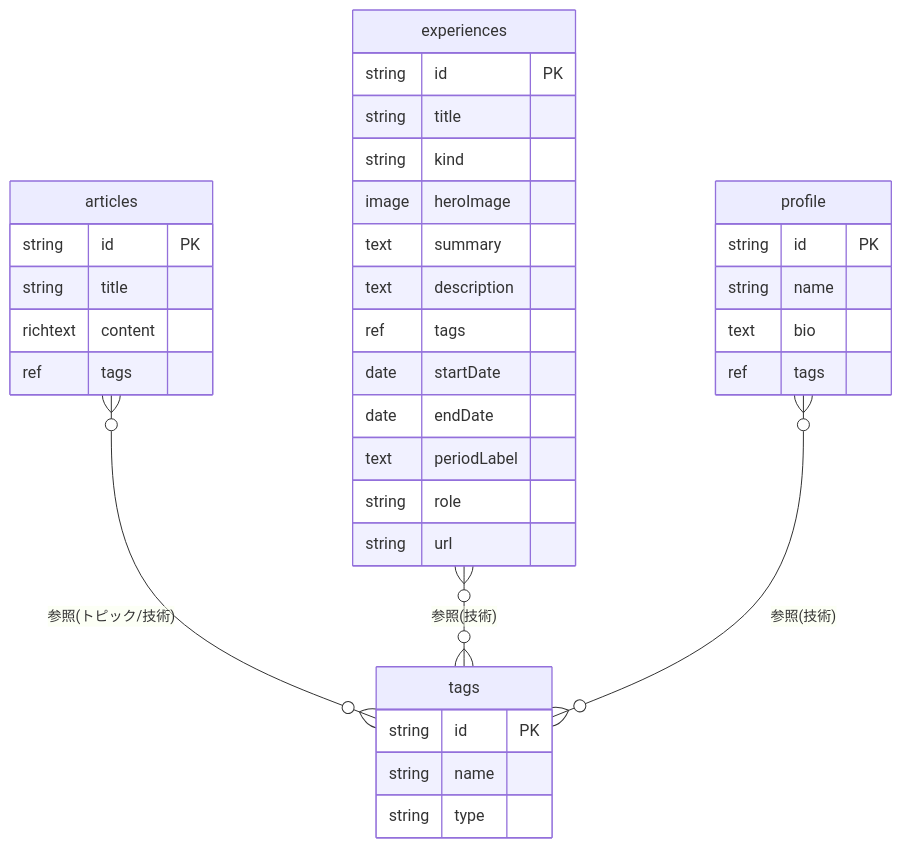
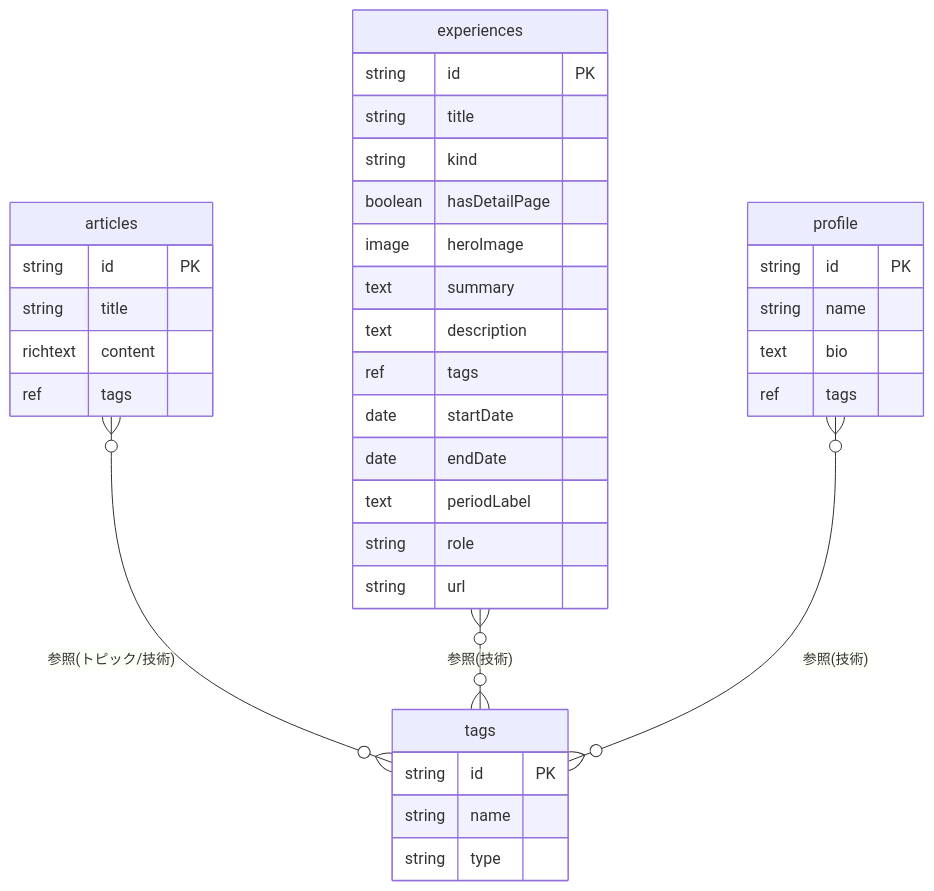
The diagram in docs/architecture/data-model.md (monarizzz/blog_microCMS_pages), drawn with Mermaid before and after one commit. The commit also changed other lines of this file, not shown here.

````diff
--- a/docs/architecture/data-model.md
+++ b/docs/architecture/data-model.md
@@ -54,41 +54,42 @@
 ```mermaid
 erDiagram
     articles     }o--o{ tags : "参照(トピック/技術)"
     experiences  }o--o{ tags : "参照(技術)"
     profile      }o--o{ tags : "参照(技術)"
 
     articles {
         string   id PK
         string   title
         richtext content
         ref      tags
     }
 
     tags {
         string id PK
         string name
         string type
     }
 
     experiences {
         string   id PK
         string   title
         string   kind
+        boolean  hasDetailPage
         image    heroImage
         text     summary
         text     description
         ref      tags
         date     startDate
         date     endDate
         text     periodLabel
         string   role
         string   url
     }
 
     profile {
         string id PK
         string name
         text   bio
         ref    tags
     }
 ```
````
